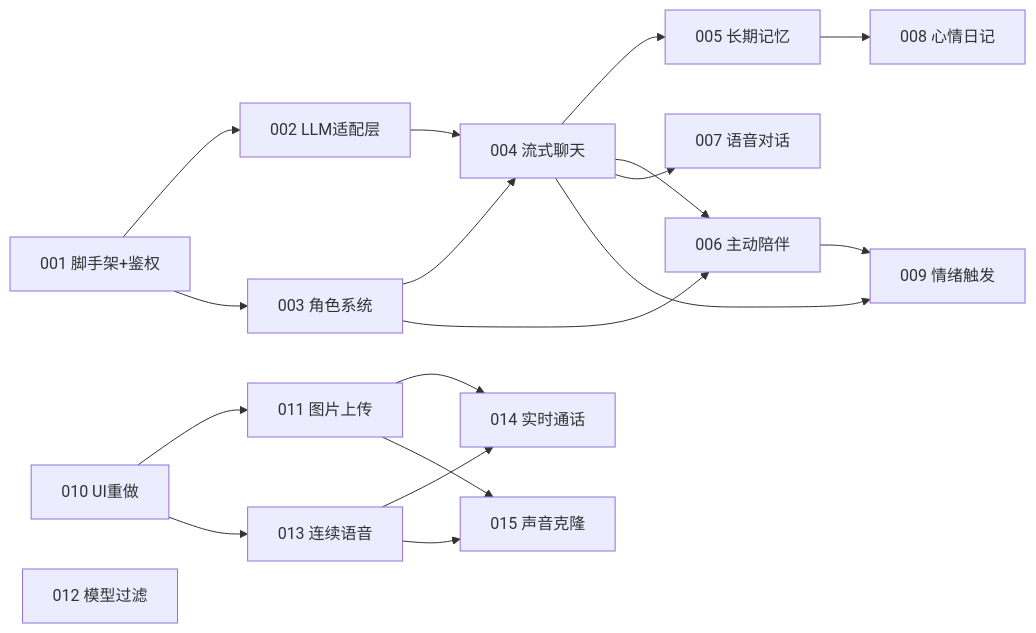
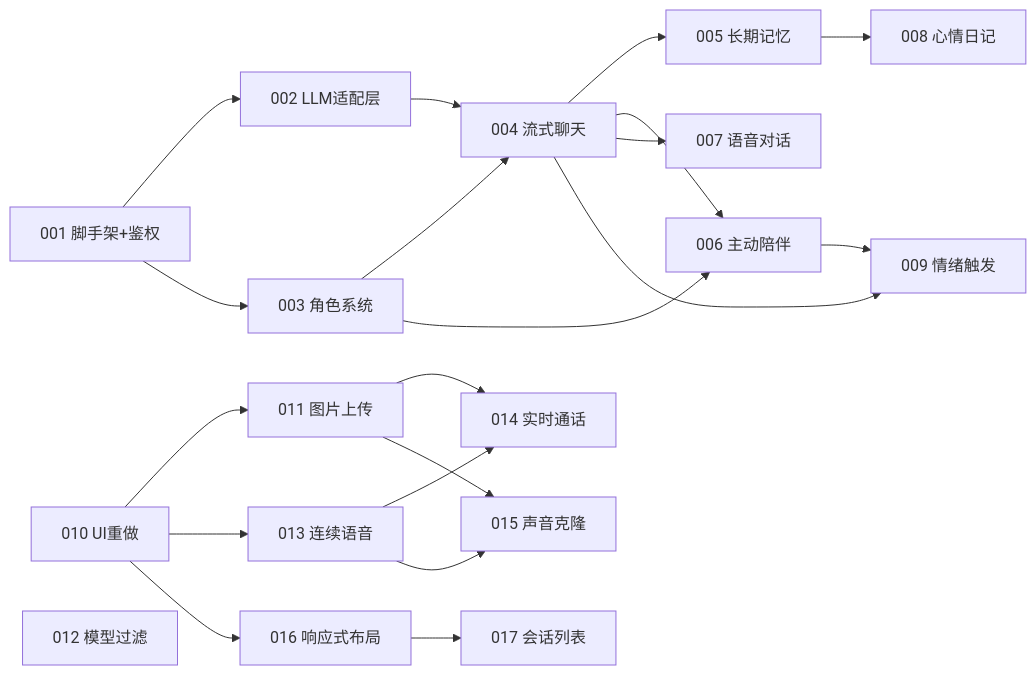
One commit to 0009-aaf/banyu-ai-companion changed the diagram in slices/README.md. Above: the diagram before and after it, drawn with Mermaid. The commit also changed other lines of this file and 3 other files, not shown here.

````diff
--- a/slices/README.md
+++ b/slices/README.md
@@ -7,21 +7,23 @@
 ```mermaid
 graph LR
     001[001 脚手架+鉴权] --> 002[002 LLM适配层]
     001 --> 003[003 角色系统]
     002 --> 004[004 流式聊天]
     003 --> 004
     004 --> 005[005 长期记忆]
     003 --> 006[006 主动陪伴]
     004 --> 006
     004 --> 007[007 语音对话]
     005 --> 008[008 心情日记]
     004 --> 009[009 情绪触发]
     006 --> 009
     010[010 UI重做] --> 011[011 图片上传]
     010 --> 013[013 连续语音]
     011 --> 014[014 实时通话]
     013 --> 014
     011 --> 015[015 声音克隆]
     013 --> 015
     012[012 模型过滤]
+    010 --> 016[016 响应式布局]
+    016 --> 017[017 会话列表]
 ```
````
